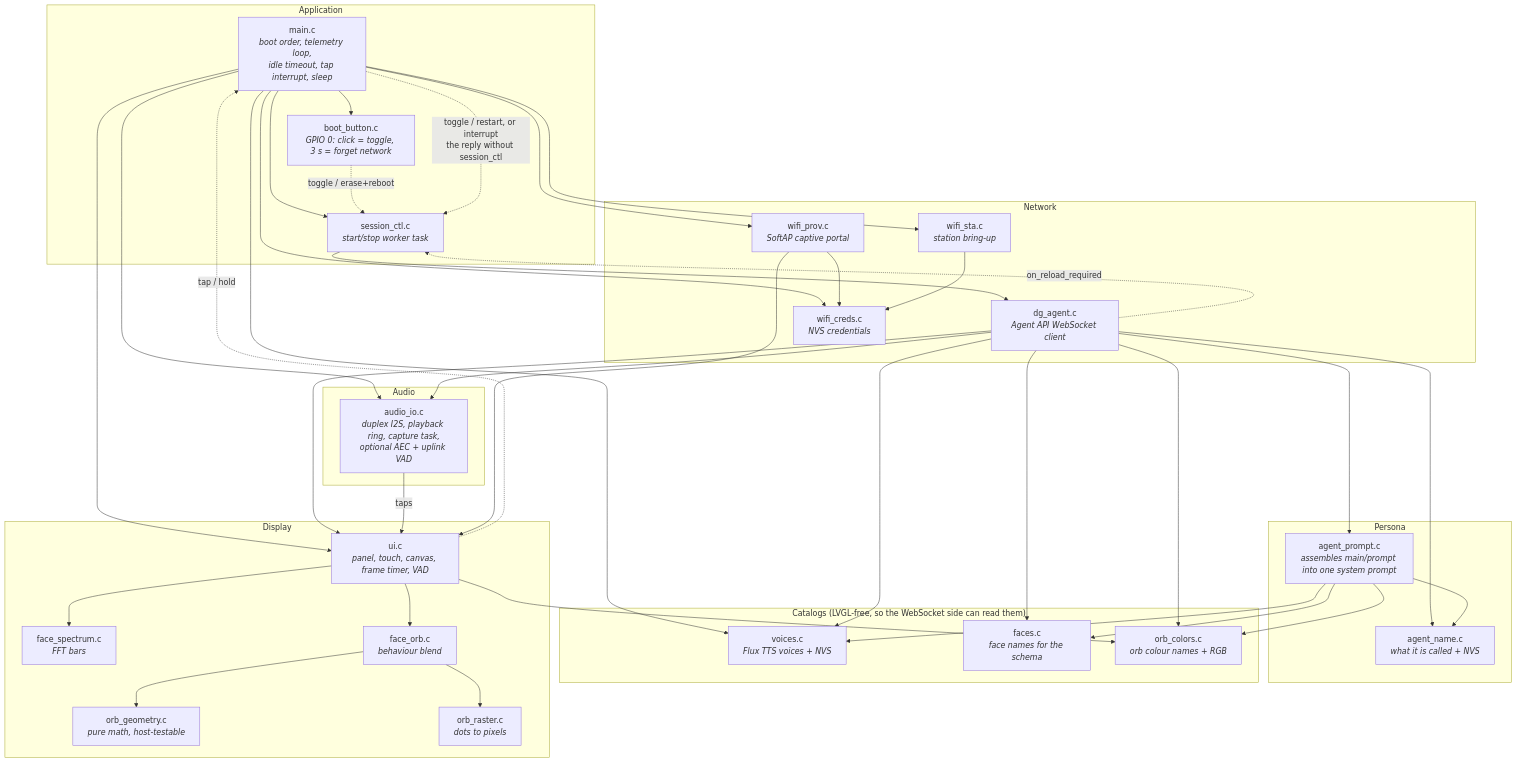
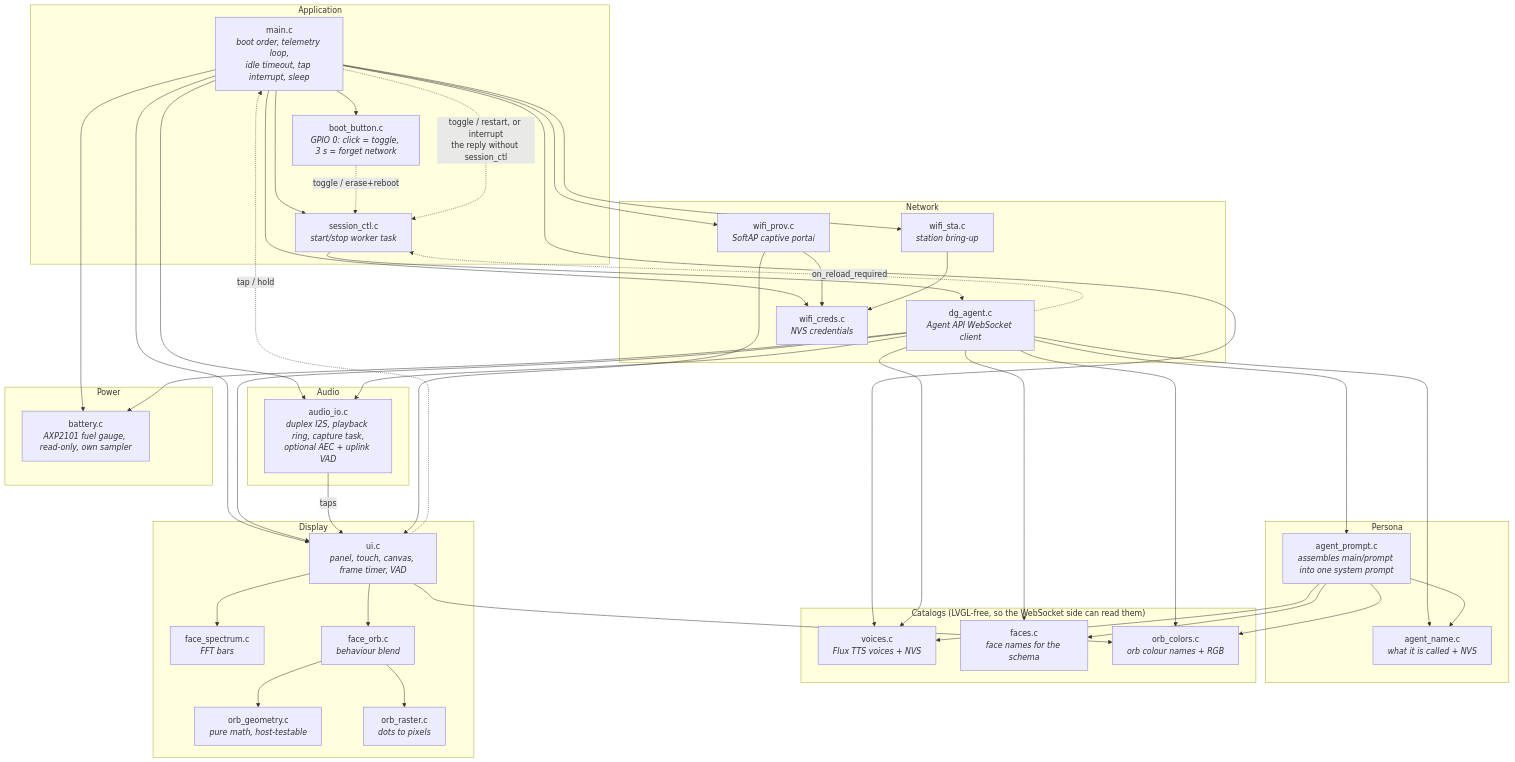
One commit to dg-edcharbeneau/esp32-deepgram-voice-agent changed the first of 9 diagrams in docs/architecture.md. Above: the diagram before and after it, drawn with Mermaid. The commit also changed other lines of this file and 5 other files, not shown here.

````diff
--- a/docs/architecture.md
+++ b/docs/architecture.md
@@ -20,53 +20,57 @@
 ```mermaid
 flowchart TB
     subgraph app["Application"]
         main["main.c<br/><i>boot order, telemetry loop,<br/>idle timeout, tap interrupt, sleep</i>"]
         session["session_ctl.c<br/><i>start/stop worker task</i>"]
         boot["boot_button.c<br/><i>GPIO 0: click = toggle, 3 s = forget network</i>"]
     end
 
     subgraph net["Network"]
         agent["dg_agent.c<br/><i>Agent API WebSocket client</i>"]
         sta["wifi_sta.c<br/><i>station bring-up</i>"]
         creds["wifi_creds.c<br/><i>NVS credentials</i>"]
         prov["wifi_prov.c<br/><i>SoftAP captive portal</i>"]
     end
 
     subgraph persona["Persona"]
         prompt["agent_prompt.c<br/><i>assembles main/prompt into one system prompt</i>"]
         aname["agent_name.c<br/><i>what it is called + NVS</i>"]
     end
 
     subgraph cat["Catalogs (LVGL-free, so the WebSocket side can read them)"]
         voices["voices.c<br/><i>Flux TTS voices + NVS</i>"]
         faces["faces.c<br/><i>face names for the schema</i>"]
         colors["orb_colors.c<br/><i>orb colour names + RGB</i>"]
     end
 
     subgraph audio["Audio"]
         aio["audio_io.c<br/><i>duplex I2S, playback ring, capture task,<br/>optional AEC + uplink VAD</i>"]
     end
 
+    subgraph power["Power"]
+        bat["battery.c<br/><i>AXP2101 fuel gauge, read-only, own sampler</i>"]
+    end
+
     subgraph disp["Display"]
         ui["ui.c<br/><i>panel, touch, canvas, frame timer, VAD</i>"]
         spectrum["face_spectrum.c<br/><i>FFT bars</i>"]
         orbface["face_orb.c<br/><i>behaviour blend</i>"]
         geo["orb_geometry.c<br/><i>pure math, host-testable</i>"]
         raster["orb_raster.c<br/><i>dots to pixels</i>"]
     end
 
-    main --> session & aio & ui & boot & sta & creds & prov & voices
+    main --> session & aio & ui & boot & sta & creds & prov & voices & bat
     session --> agent
-    agent --> voices & faces & colors & ui & aio & prompt & aname
+    agent --> voices & faces & colors & ui & aio & prompt & aname & bat
     prompt --> voices & faces & colors & aname
     agent -. "on_reload_required" .-> session
     boot -. "toggle / erase+reboot" .-> session
     main -. "toggle / restart, or interrupt<br/>the reply without session_ctl" .-> session
     ui -. "tap / hold" .-> main
     aio -- "taps" --> ui
     ui --> spectrum & orbface
     ui --> colors
     orbface --> geo & raster
     prov --> creds & ui
     sta --> creds
 ```
````
